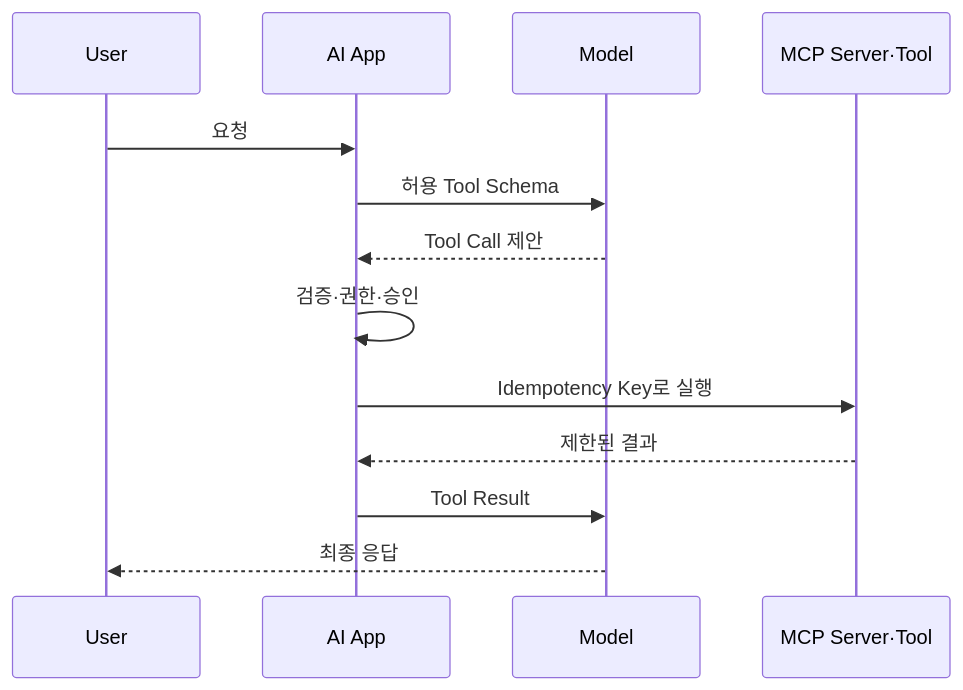
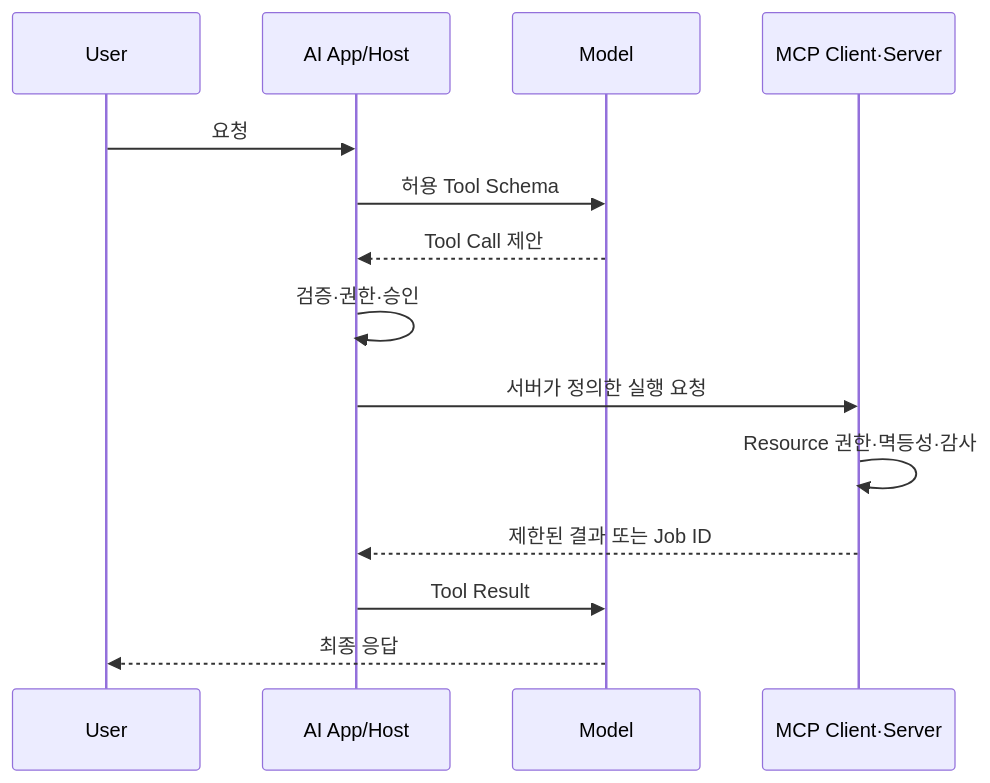
One commit to hyeongseoblim/systemdesign changed the diagram in apps/api/src/main/resources/content/ai-07-tool-calling-mcp.md. Above: the diagram before and after it, drawn with Mermaid. The commit also changed other lines of this file and 96 other files, not shown here.

````diff
--- a/apps/api/src/main/resources/content/ai-07-tool-calling-mcp.md
+++ b/apps/api/src/main/resources/content/ai-07-tool-calling-mcp.md
@@ -23,15 +23,16 @@
 ```mermaid
 sequenceDiagram
     participant U as User
-    participant A as AI App
+    participant A as AI App/Host
     participant M as Model
-    participant T as MCP Server·Tool
+    participant T as MCP Client·Server
     U->>A: 요청
     A->>M: 허용 Tool Schema
     M-->>A: Tool Call 제안
     A->>A: 검증·권한·승인
-    A->>T: Idempotency Key로 실행
-    T-->>A: 제한된 결과
+    A->>T: 서버가 정의한 실행 요청
+    T->>T: Resource 권한·멱등성·감사
+    T-->>A: 제한된 결과 또는 Job ID
     A->>M: Tool Result
     M-->>U: 최종 응답
 ```
````
